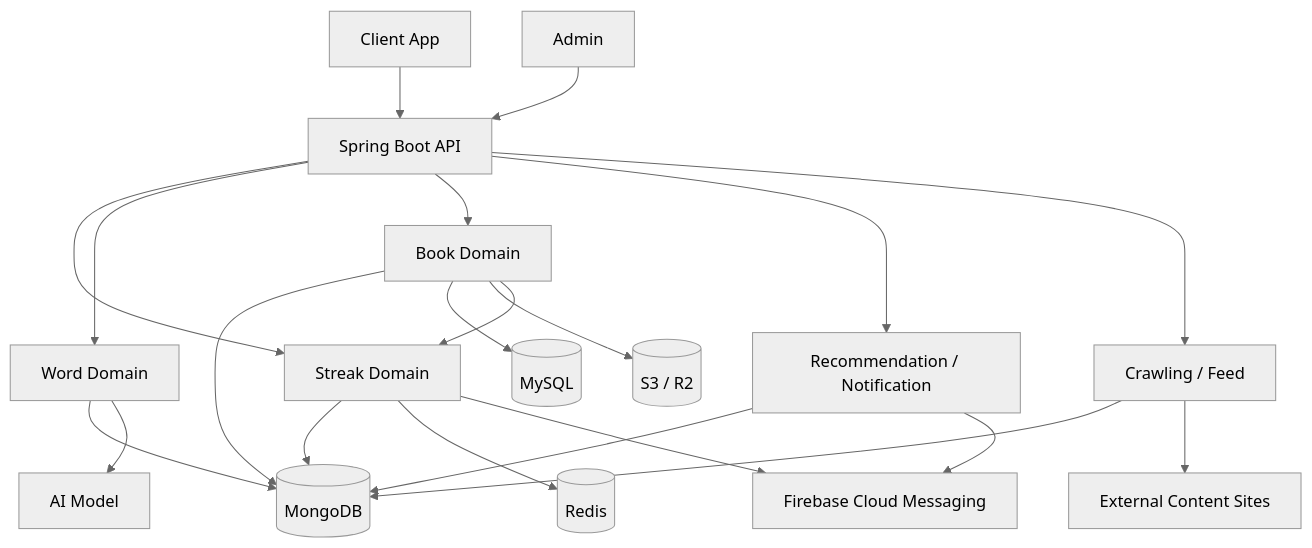
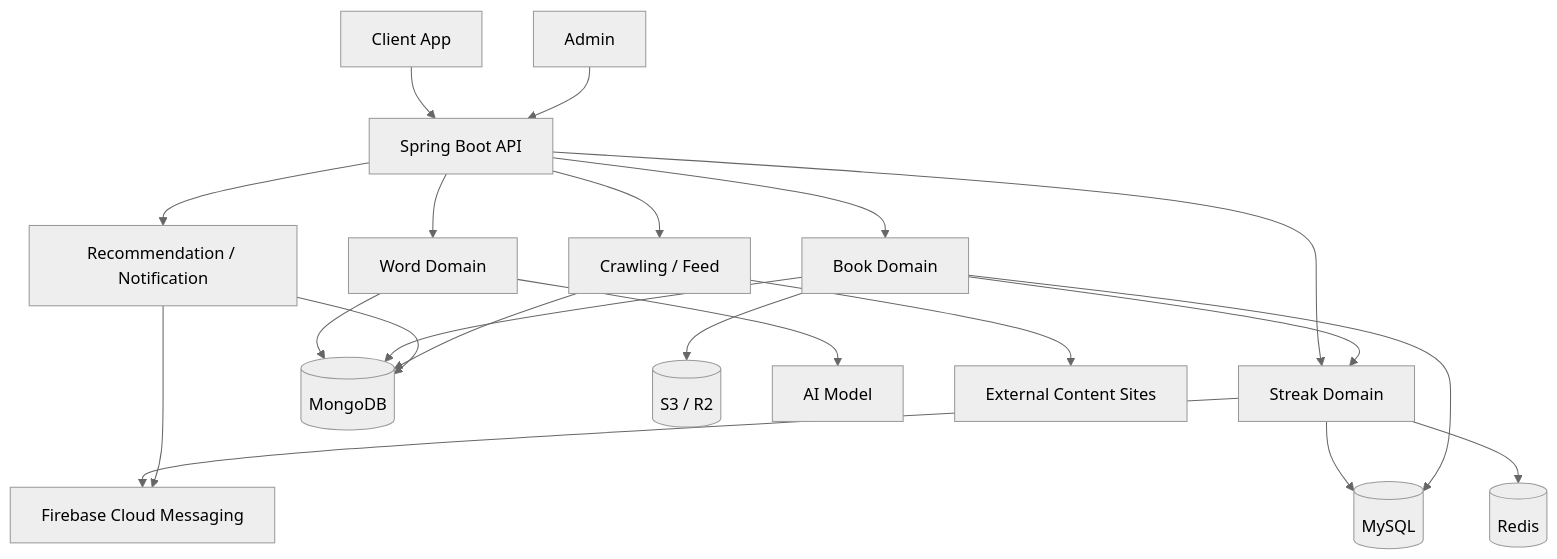
The diagram in docs/architecture/overview.md (SWM16-ASAP/back-server), drawn with Mermaid (neutral theme) before and after one commit. The commit also changed other lines of this file and 30 other files, not shown here.

````diff
--- a/docs/architecture/overview.md
+++ b/docs/architecture/overview.md
@@ -36,47 +36,47 @@
 ```mermaid
 flowchart TD
     Client[Client App]
     Admin[Admin]
     Api[Spring Boot API]
 
     Streak[Streak Domain]
     Word[Word Domain]
     Book[Book Domain]
     Recommend[Recommendation / Notification]
     Crawl[Crawling / Feed]
 
     Mongo[(MongoDB)]
     MySQL[(MySQL)]
     Redis[(Redis)]
     S3[(S3 / R2)]
     AI[AI Model]
     FCM[Firebase Cloud Messaging]
     External[External Content Sites]
 
     Client --> Api
     Admin --> Api
 
     Api --> Streak
     Api --> Word
     Api --> Book
     Api --> Recommend
     Api --> Crawl
 
-    Streak --> Mongo
+    Streak --> MySQL
     Streak --> Redis
     Streak --> FCM
 
     Word --> Mongo
     Word --> AI
 
     Book --> Mongo
     Book --> MySQL
     Book --> S3
     Book --> Streak
 
     Recommend --> Mongo
     Recommend --> FCM
 
     Crawl --> Mongo
     Crawl --> External
 ```
````
